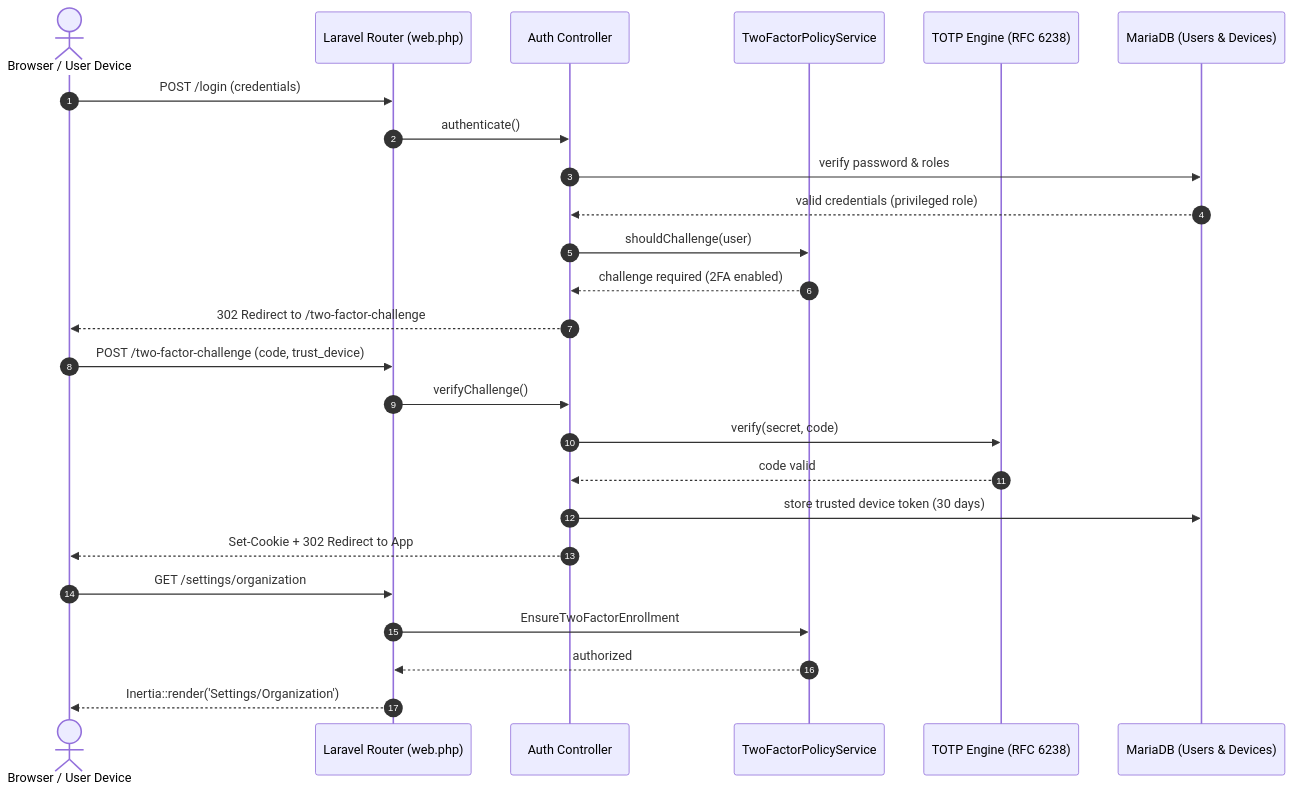
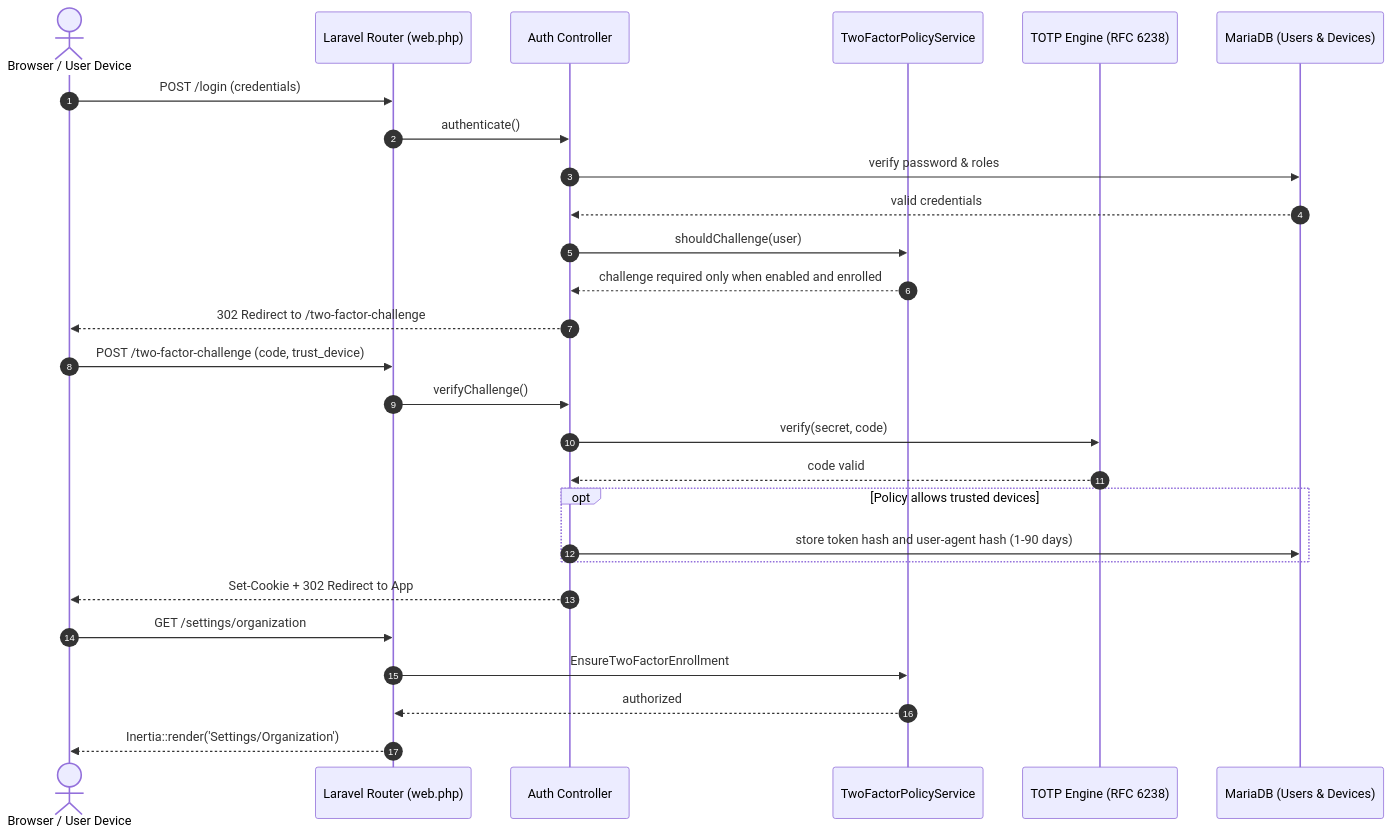
Diagram 12 of 14 in document/README.md (anuwatm/ERP), drawn with Mermaid before and after one commit. The commit also changed other lines of this file and 68 other files, not shown here.

````diff
--- a/document/README.md
+++ b/document/README.md
@@ -351,30 +349,32 @@
 ```mermaid
 sequenceDiagram
     autonumber
     actor User as Browser / User Device
     participant Router as Laravel Router (web.php)
     participant Auth as Auth Controller
     participant Policy as TwoFactorPolicyService
     participant TOTP as TOTP Engine (RFC 6238)
     participant DB as MariaDB (Users & Devices)
 
     User->>Router: POST /login (credentials)
     Router->>Auth: authenticate()
     Auth->>DB: verify password & roles
-    DB-->>Auth: valid credentials (privileged role)
+    DB-->>Auth: valid credentials
     Auth->>Policy: shouldChallenge(user)
-    Policy-->>Auth: challenge required (2FA enabled)
+    Policy-->>Auth: challenge required only when enabled and enrolled
     Auth-->>User: 302 Redirect to /two-factor-challenge
 
     User->>Router: POST /two-factor-challenge (code, trust_device)
     Router->>Auth: verifyChallenge()
     Auth->>TOTP: verify(secret, code)
     TOTP-->>Auth: code valid
-    Auth->>DB: store trusted device token (30 days)
+    opt Policy allows trusted devices
+        Auth->>DB: store token hash and user-agent hash (1-90 days)
+    end
     Auth-->>User: Set-Cookie + 302 Redirect to App
 
     User->>Router: GET /settings/organization
     Router->>Policy: EnsureTwoFactorEnrollment
     Policy-->>Router: authorized
     Router-->>User: Inertia::render('Settings/Organization')
 ```
````
